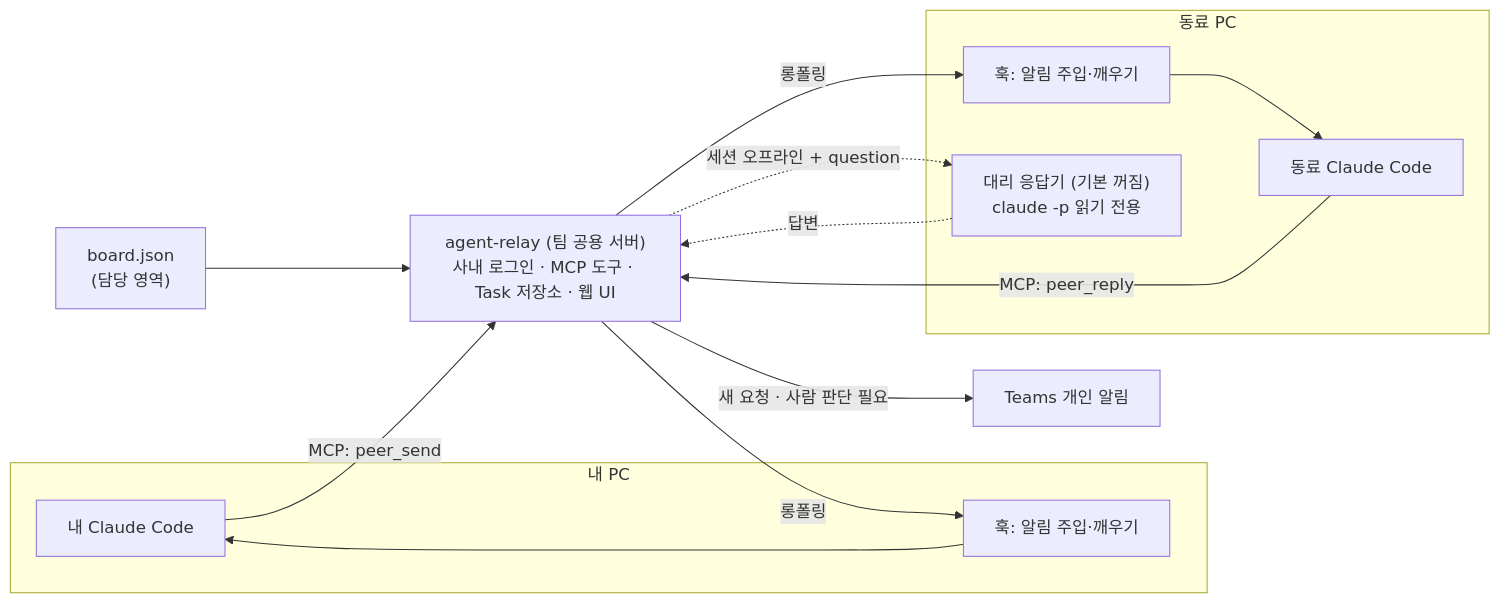
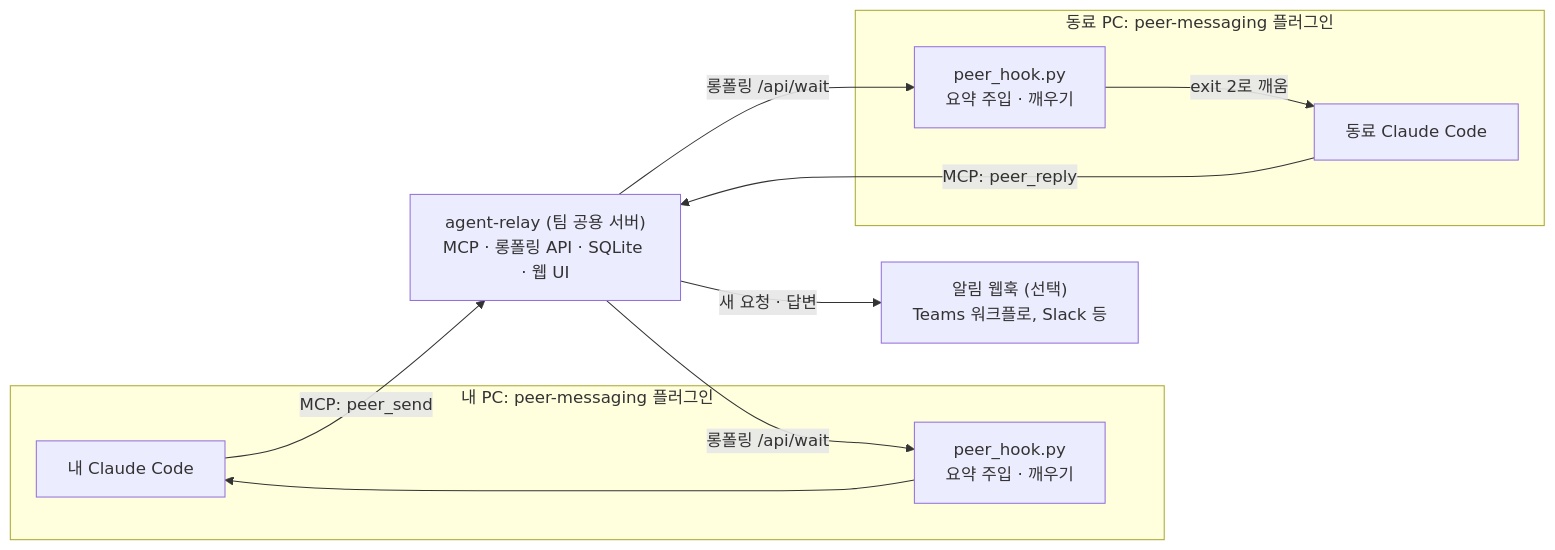
One commit to jungrok5/ai-code-collaboration-best-practices changed the second of 3 diagrams in docs/designs/0002-peer-agent-messaging.md. Above: the diagram before and after it, drawn with Mermaid. The commit also changed other lines of this file and 2 other files, not shown here.

First line of the commit message:
docs(design): make peer messaging a standalone plugin and relay

````diff
--- a/docs/designs/0002-peer-agent-messaging.md
+++ b/docs/designs/0002-peer-agent-messaging.md
@@ -39,22 +40,18 @@
 ```mermaid
 flowchart LR
-  subgraph Me["내 PC"]
+  subgraph Me["내 PC: peer-messaging 플러그인"]
     AA[내 Claude Code]
-    AH["훅: 알림 주입·깨우기"]
+    AH["peer_hook.py<br/>요약 주입 · 깨우기"]
   end
-  subgraph Peer["동료 PC"]
+  subgraph Peer["동료 PC: peer-messaging 플러그인"]
     BA[동료 Claude Code]
-    BH["훅: 알림 주입·깨우기"]
-    PX["대리 응답기 (기본 꺼짐)<br/>claude -p 읽기 전용"]
+    BH["peer_hook.py<br/>요약 주입 · 깨우기"]
   end
-  R["agent-relay (팀 공용 서버)<br/>사내 로그인 · MCP 도구 · Task 저장소 · 웹 UI"]
-  BJ["board.json<br/>(담당 영역)"]
-  T["Teams 개인 알림"]
+  R["agent-relay (팀 공용 서버)<br/>MCP · 롱폴링 API · SQLite · 웹 UI"]
+  N["알림 웹훅 (선택)<br/>Teams 워크플로, Slack 등"]
   AA -- "MCP: peer_send" --> R
-  R -- 롱폴링 --> AH --> AA
-  R -- 롱폴링 --> BH --> BA
+  R -- "롱폴링 /api/wait" --> BH -- "exit 2로 깨움" --> BA
   BA -- "MCP: peer_reply" --> R
-  R -. "세션 오프라인 + question" .-> PX -. 답변 .-> R
-  BJ --> R
-  R -- "새 요청 · 사람 판단 필요" --> T
+  R -- "롱폴링 /api/wait" --> AH --> AA
+  R -- "새 요청 · 답변" --> N
 ```
````
